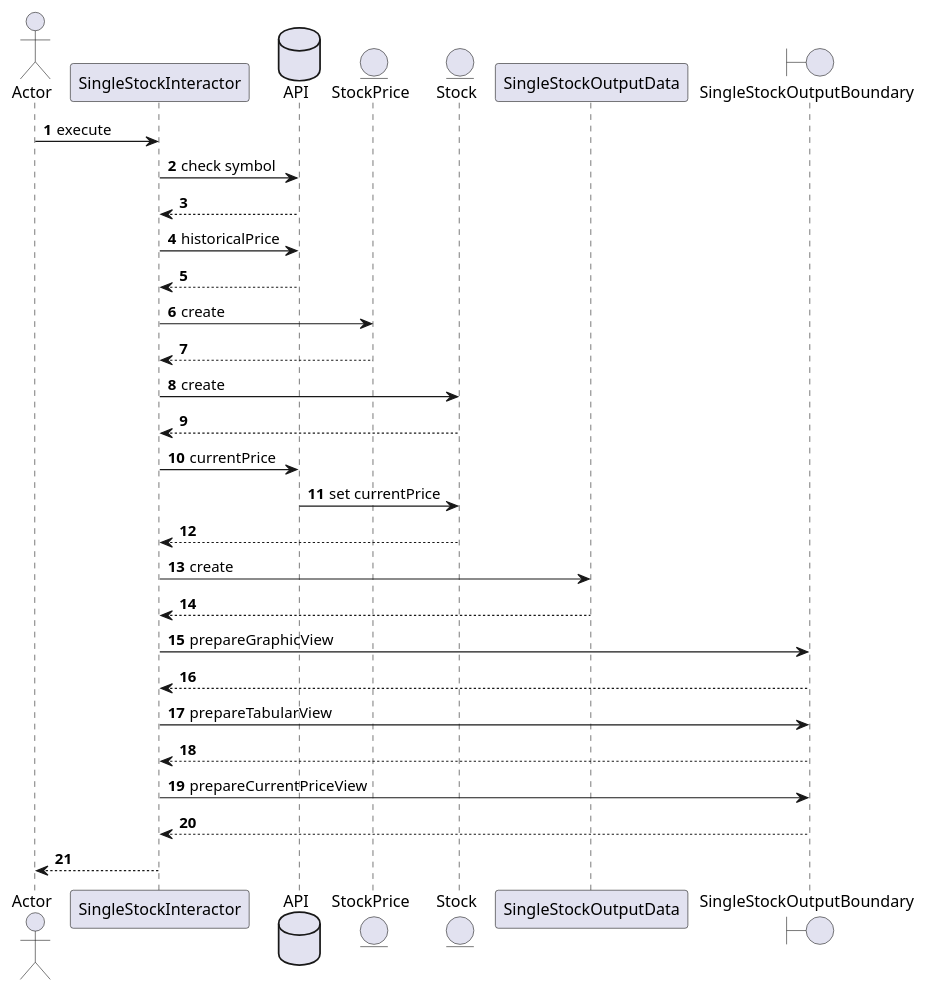
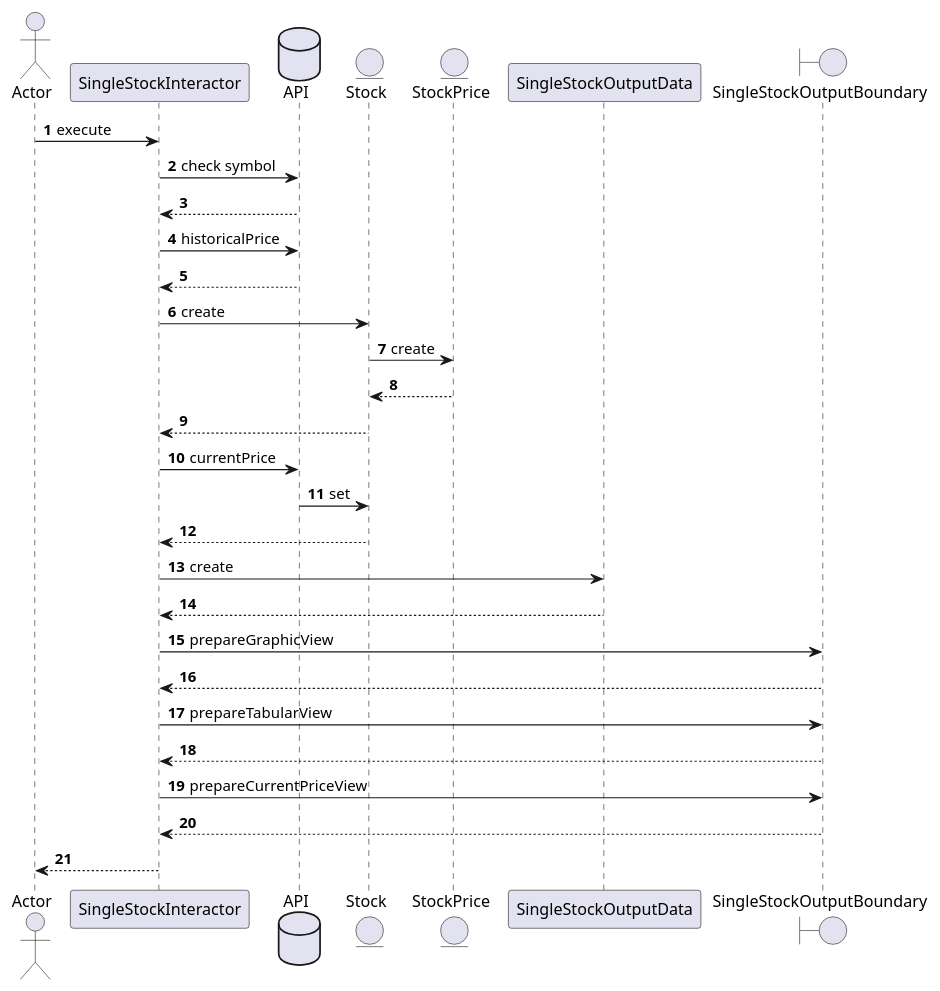
Before and after one commit to azyx0083/CSC207-WhatEver-46: the second of 4 diagrams in ProjectNextSteps.puml, drawn with PlantUML. The commit also changed other lines of this file, not shown here.

```diff
--- a/ProjectNextSteps.puml
+++ b/ProjectNextSteps.puml
@@ -21,36 +21,37 @@
 @startuml
 autonumber
 actor Actor
 participant SingleStockInteractor
 database API
+entity Stock
+entity StockPrice
 
-entity StockPrice
-entity Stock
 participant SingleStockOutputData
 boundary SingleStockOutputBoundary
 
 
 Actor -> SingleStockInteractor : execute
 SingleStockInteractor -> API : check symbol
 API --> SingleStockInteractor
 SingleStockInteractor -> API : historicalPrice
 API --> SingleStockInteractor
-SingleStockInteractor -> StockPrice : create
-StockPrice --> SingleStockInteractor
 SingleStockInteractor -> Stock: create
+Stock -> StockPrice : create
+StockPrice --> Stock
 Stock --> SingleStockInteractor
+
 SingleStockInteractor -> API: currentPrice
-API -> Stock: set currentPrice
+API -> Stock: set
 Stock --> SingleStockInteractor
 SingleStockInteractor ->  SingleStockOutputData : create
 SingleStockOutputData --> SingleStockInteractor
 SingleStockInteractor -> SingleStockOutputBoundary: prepareGraphicView
 SingleStockOutputBoundary --> SingleStockInteractor
 SingleStockInteractor -> SingleStockOutputBoundary: prepareTabularView
 SingleStockOutputBoundary --> SingleStockInteractor
 SingleStockInteractor -> SingleStockOutputBoundary: prepareCurrentPriceView
 SingleStockOutputBoundary --> SingleStockInteractor
 SingleStockInteractor --> Actor
 
 
 @enduml
```
